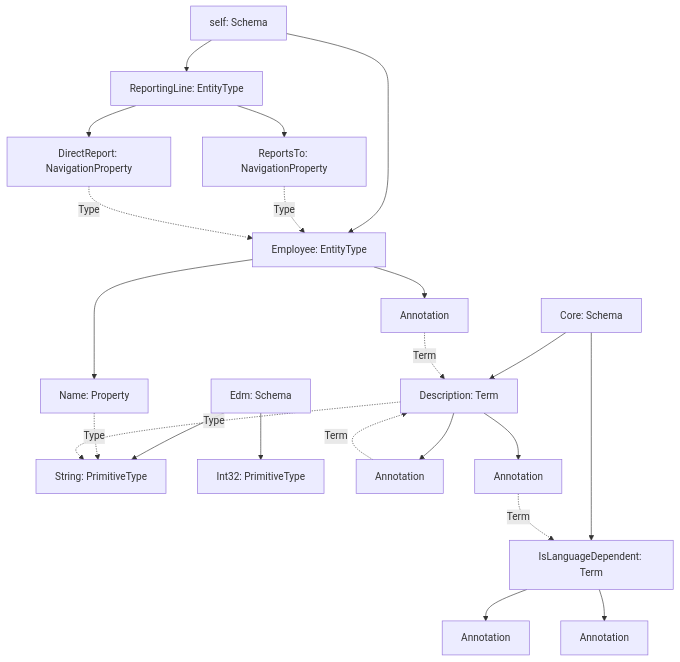
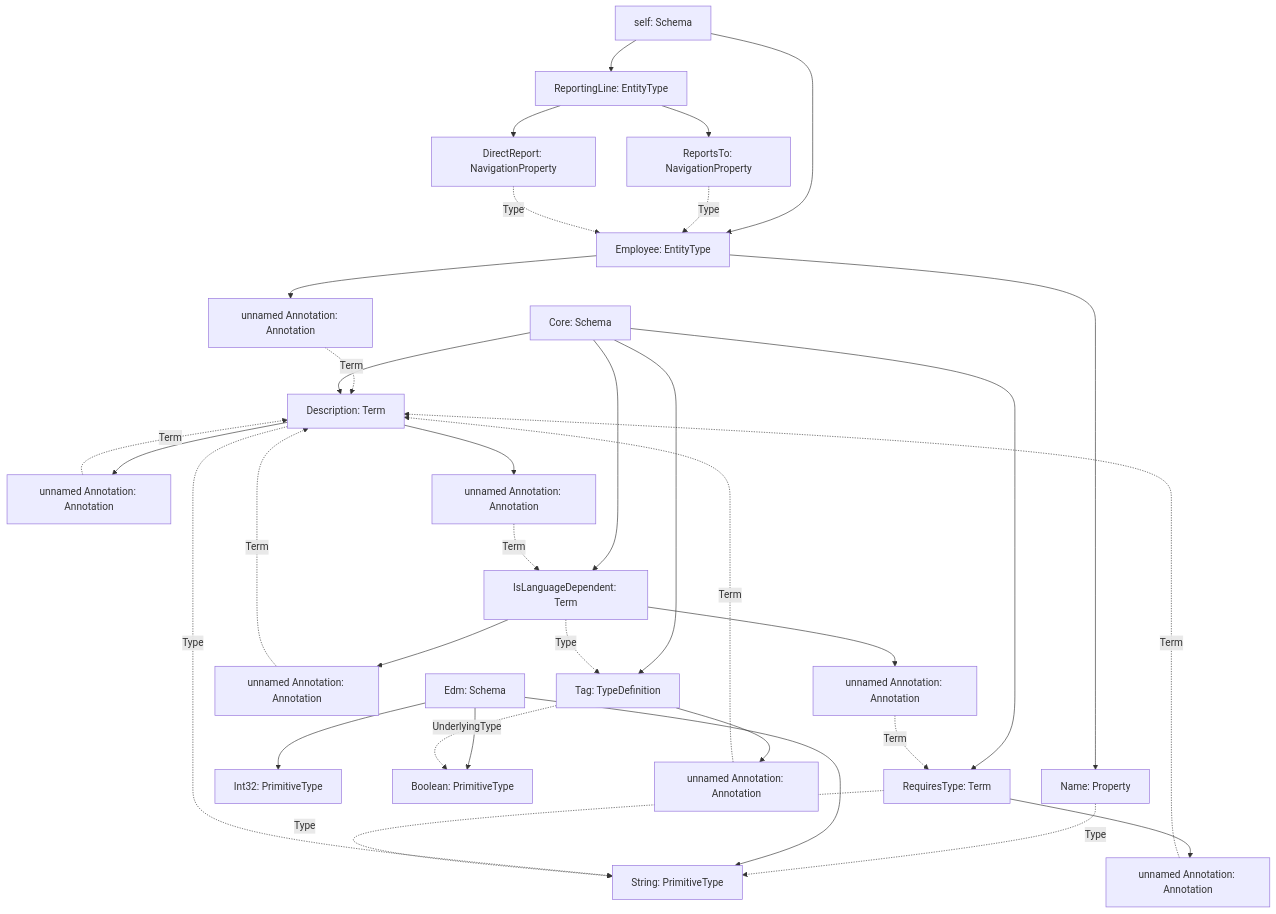
One commit to xtofs/csdl-graph changed the diagram in csdl-graph/data/example.md. Above: the diagram before and after it, drawn with Mermaid. The commit also changed other lines of this file and 12 other files, not shown here.

````diff
--- a/csdl-graph/data/example.md
+++ b/csdl-graph/data/example.md
@@ -1,41 +2,58 @@
 ```mermaid
 graph
 n0[self: Schema]
 n1[Employee: EntityType]
 n2[Name: Property]
-n3[Annotation]
+n3[unnamed Annotation: Annotation]
 n4[ReportingLine: EntityType]
 n5[ReportsTo: NavigationProperty]
 n6[DirectReport: NavigationProperty]
 n7[Edm: Schema]
 n8[String: PrimitiveType]
 n9[Int32: PrimitiveType]
-n10[Core: Schema]
-n11[Description: Term]
-n12[Annotation]
-n13[Annotation]
-n14[IsLanguageDependent: Term]
-n15[Annotation]
-n16[Annotation]
+n10[Boolean: PrimitiveType]
+n11[Core: Schema]
+n12[Description: Term]
+n13[unnamed Annotation: Annotation]
+n14[unnamed Annotation: Annotation]
+n15[IsLanguageDependent: Term]
+n16[unnamed Annotation: Annotation]
+n17[unnamed Annotation: Annotation]
+n18[Tag: TypeDefinition]
+n19[unnamed Annotation: Annotation]
+n20[RequiresType: Term]
+n21[unnamed Annotation: Annotation]
 n0-->n1
+n0-->n4
 n1-->n2
 n1-->n3
-n0-->n4
+n2-. Type .-> n8
+n3-. Term .-> n12
 n4-->n5
 n4-->n6
+n5-. Type .-> n1
+n6-. Type .-> n1
 n7-->n8
 n7-->n9
-n10-->n11
+n7-->n10
 n11-->n12
-n11-->n13
-n10-->n14
-n14-->n15
-n14-->n16
-n2-. Type .-> n8
-n3-. Term .-> n11
-n5-. Type .-> n1
-n6-. Type .-> n1
-n11-. Type .-> n8
-n12-. Term .-> n11
-n13-. Term .-> n14
+n11-->n15
+n11-->n18
+n11-->n20
+n12-->n13
+n12-->n14
+n12-. Type .-> n8
+n13-. Term .-> n12
+n14-. Term .-> n15
+n15-->n16
+n15-->n17
+n15-. Type .-> n18
+n16-. Term .-> n12
+n17-. Term .-> n20
+n18-->n19
+n18-. UnderlyingType .-> n10
+n19-. Term .-> n12
+n20-->n21
+n20-. Type .-> n8
+n21-. Term .-> n12
 ```
````
